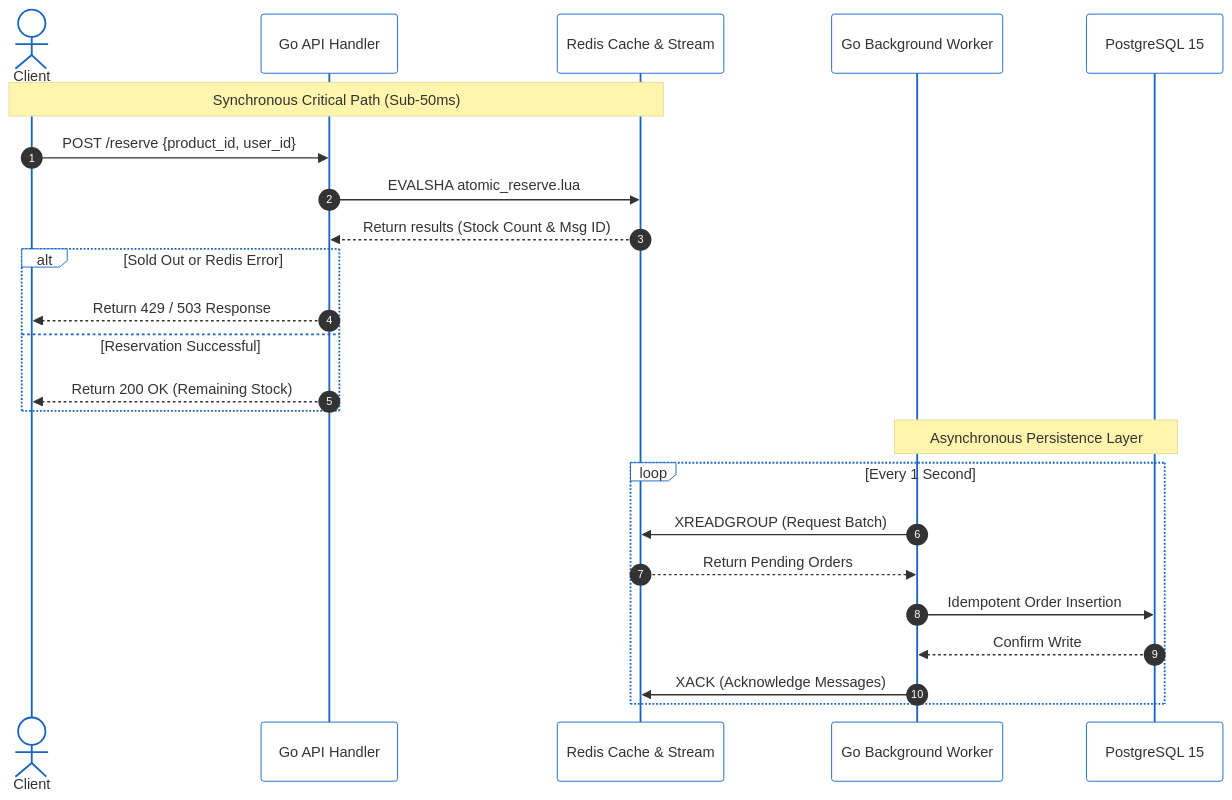
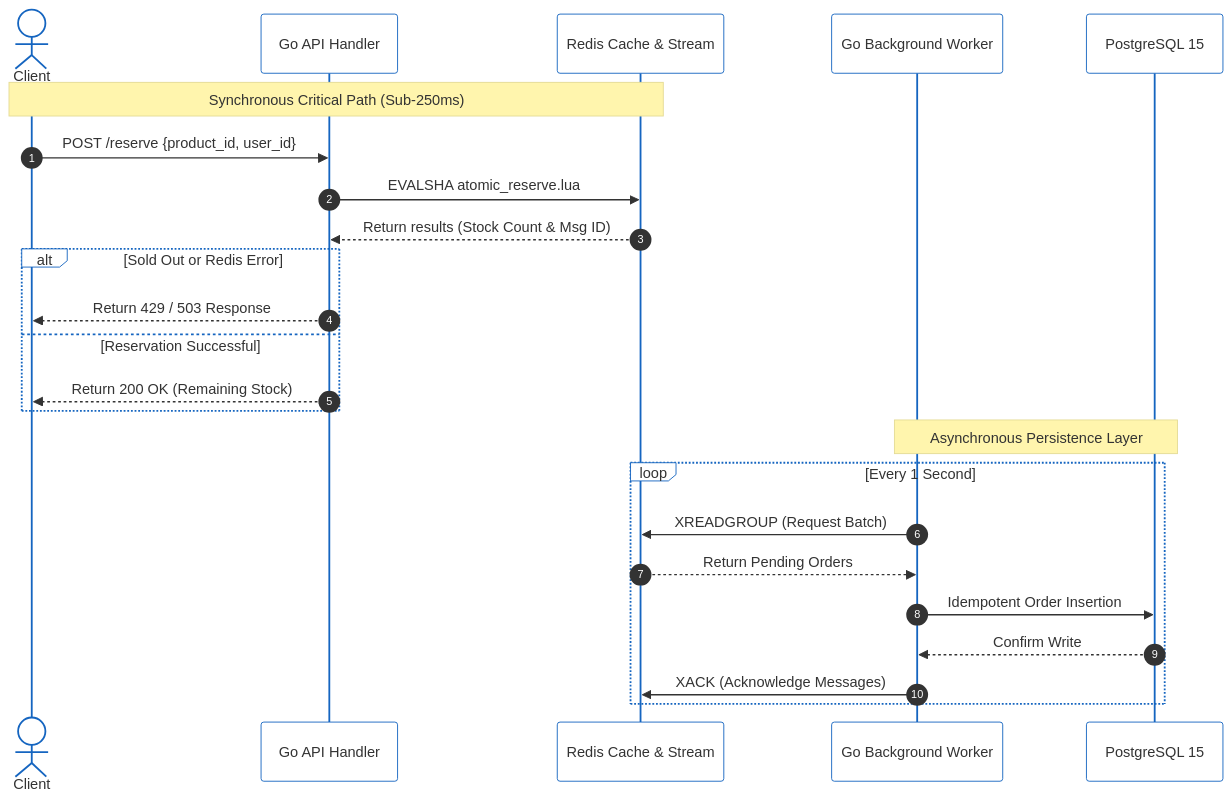
The second of 2 diagrams in README.md (TechnoMeter/flash-sale-backend-go), drawn with Mermaid before and after one commit. The commit also changed other lines of this file, not shown here.

````diff
--- a/README.md
+++ b/README.md
@@ -150,32 +150,32 @@
 ```mermaid
 %%{init: {'theme': 'base', 'themeVariables': { 'fontFamily': 'arial', 'actorBkg': '#ffffff', 'actorBorder': '#1565c0', 'sequenceNumberColor': '#ffffff'}}}%%
 sequenceDiagram
     autonumber
     actor Client
     participant API as Go API Handler
     participant Redis as Redis Cache & Stream
     participant Worker as Go Background Worker
     participant PG as PostgreSQL 15
 
     %% Synchronous Path
-    Note over Client, Redis: Synchronous Critical Path (Sub-50ms)
+    Note over Client, Redis: Synchronous Critical Path (Sub-250ms)
     Client->>API: POST /reserve {product_id, user_id}
     API->>Redis: EVALSHA atomic_reserve.lua
     Redis-->>API: Return results (Stock Count & Msg ID)
     
     alt Sold Out or Redis Error
         API-->>Client: Return 429 / 503 Response
     else Reservation Successful
         API-->>Client: Return 200 OK (Remaining Stock)
     end
 
     %% Asynchronous Path
     Note over Worker, PG: Asynchronous Persistence Layer
     loop Every 1 Second
         Worker->>Redis: XREADGROUP (Request Batch)
         Redis-->>Worker: Return Pending Orders
         Worker->>PG: Idempotent Order Insertion
         PG-->>Worker: Confirm Write
         Worker->>Redis: XACK (Acknowledge Messages)
     end
 ```
````
